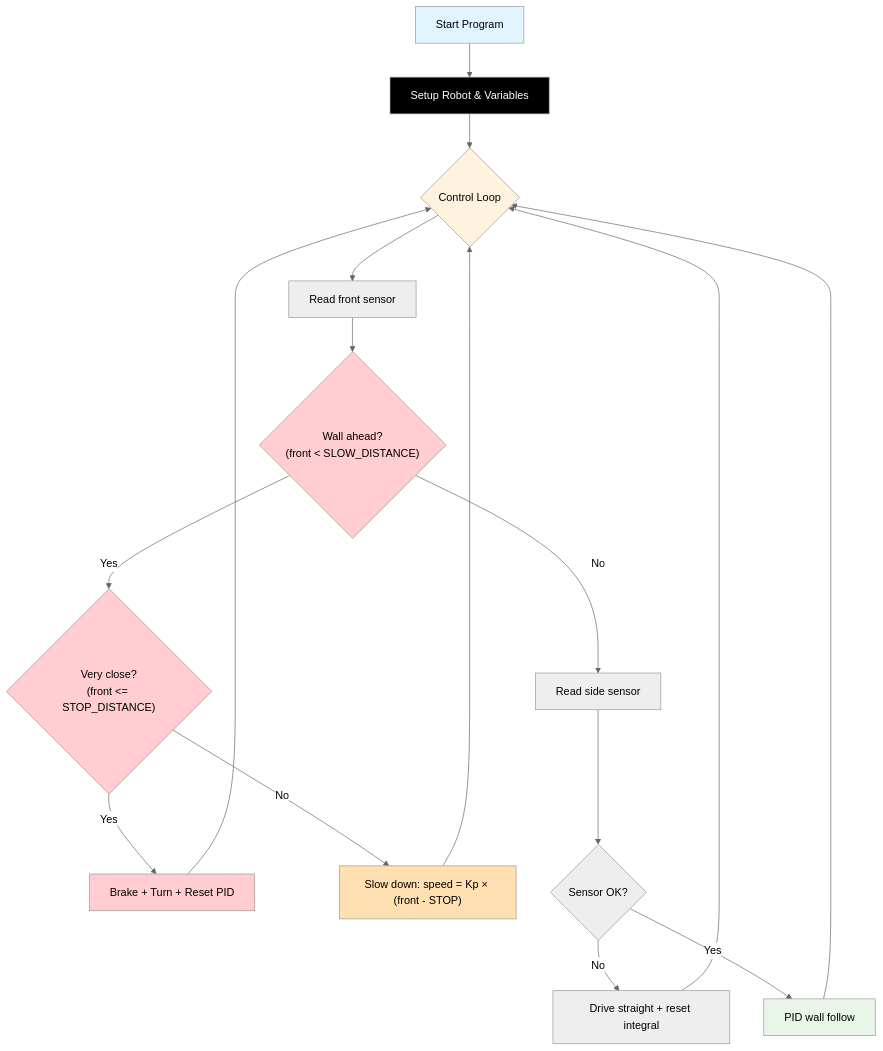
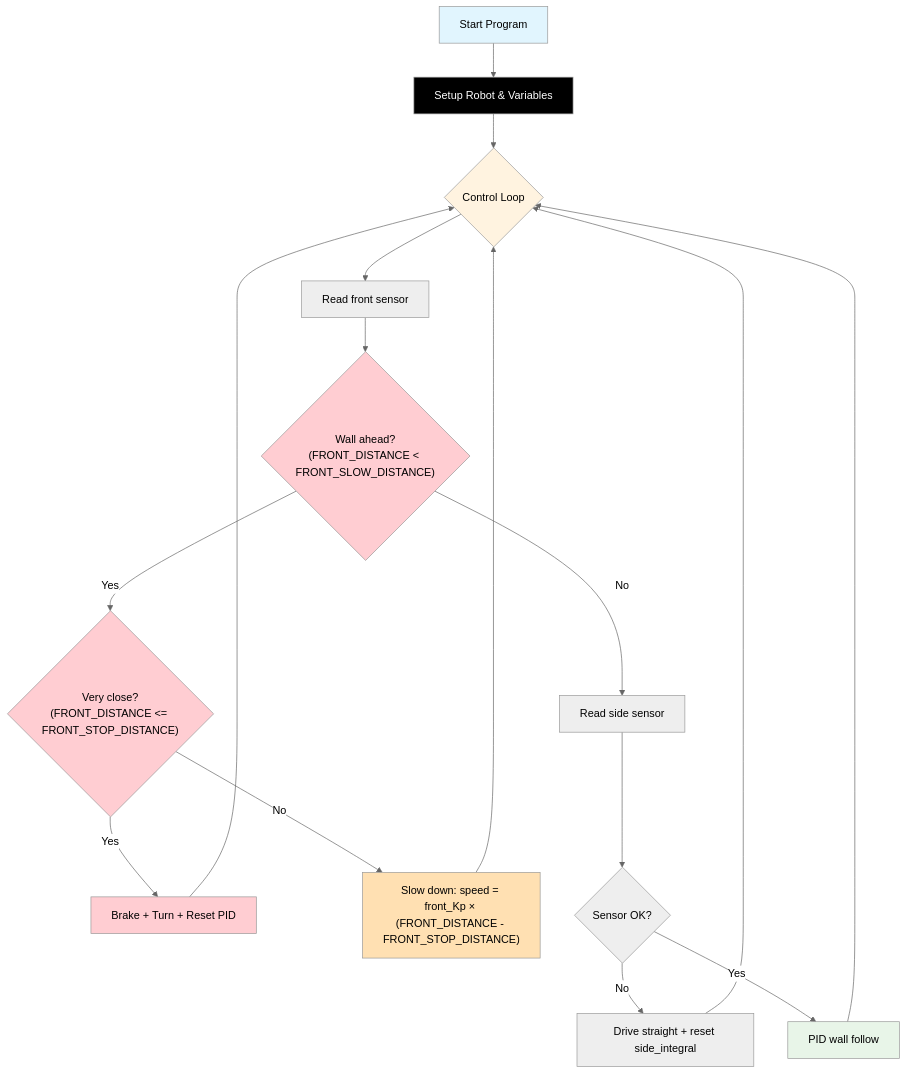
One commit to TempeHS/RP2040_Competition_Robot changed the diagram in docs/Challenge_4.md. Above: the diagram before and after it, drawn with Mermaid (neutral theme). The commit also changed other lines of this file and 10 other files, not shown here.

````diff
--- a/docs/Challenge_4.md
+++ b/docs/Challenge_4.md
@@ -29,27 +29,27 @@
 ```mermaid
 flowchart TD
     A[Start Program] --> B[Setup Robot & Variables]
     B --> C{Control Loop}
     C --> D[Read front sensor]
-    D --> E{"Wall ahead?<br>(front < SLOW_DISTANCE)"}
-    E -- Yes --> F{"Very close?<br>(front <= STOP_DISTANCE)"}
+    D --> E{"Wall ahead?<br>(FRONT_DISTANCE < FRONT_SLOW_DISTANCE)"}
+    E -- Yes --> F{"Very close?<br>(FRONT_DISTANCE <= FRONT_STOP_DISTANCE)"}
     F -- Yes --> G[Brake + Turn + Reset PID]
     G --> C
-    F -- No --> H["Slow down: speed = Kp × (front - STOP)"]
+    F -- No --> H["Slow down: speed = front_Kp × (FRONT_DISTANCE - FRONT_STOP_DISTANCE)"]
     H --> C
     E -- No --> I[Read side sensor]
     I --> J{Sensor OK?}
-    J -- No --> K[Drive straight + reset integral]
+    J -- No --> K[Drive straight + reset side_integral]
     K --> C
     J -- Yes --> L[PID wall follow]
     L --> C
 
     style A fill:#e1f5fe,color:#000000
     style B fill:#000000,color:#ffffff
     style C fill:#fff3e0,color:#000000
     style E fill:#ffcdd2,color:#000000
     style F fill:#ffcdd2,color:#000000
     style G fill:#ffcdd2,color:#000000
     style H fill:#ffe0b2,color:#000000
     style L fill:#e8f5e8,color:#000000
 ```
````
